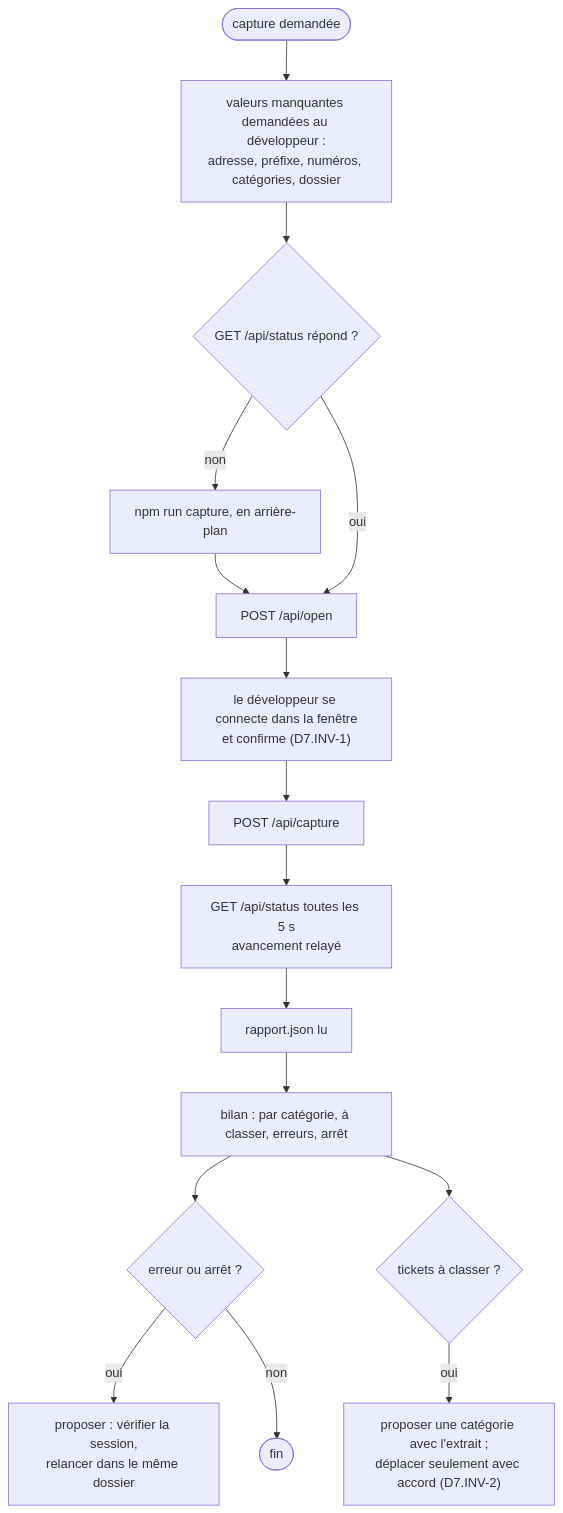
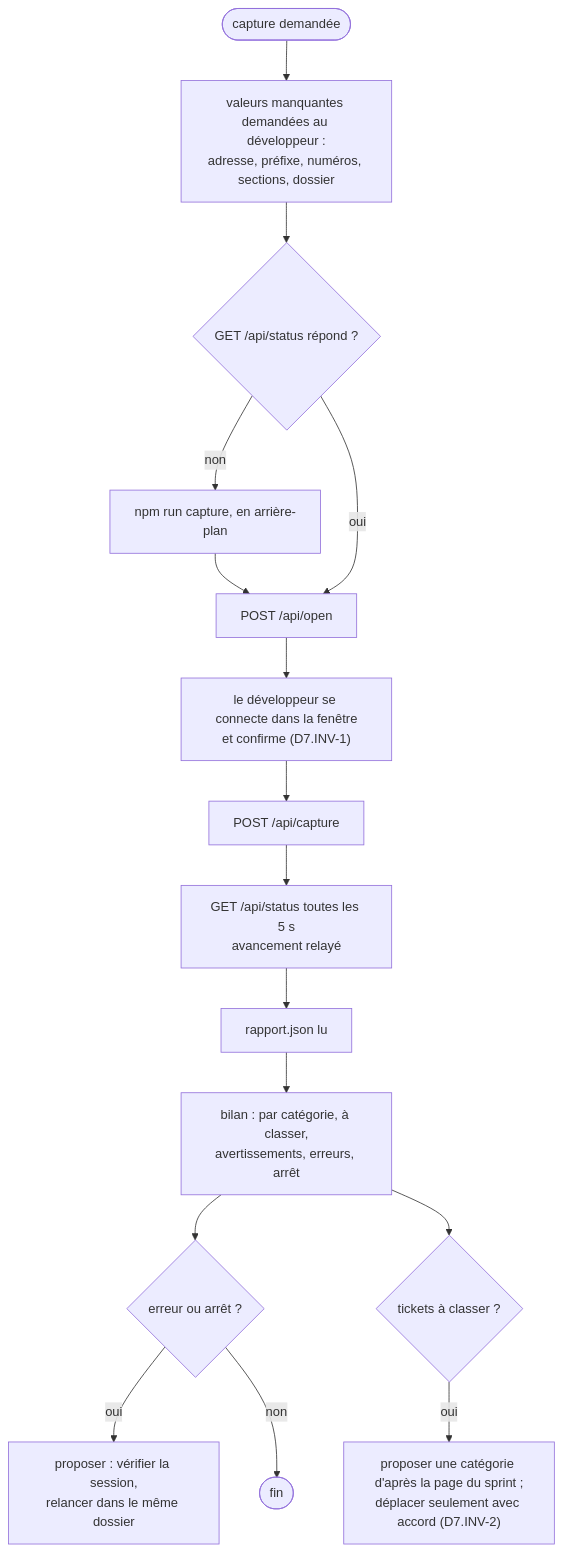
Before and after one commit to FredGarcia/Agent2Prompt: the diagram in specs/capture-sprint-jira/modules/agent/SKILL.md, drawn with Mermaid. The commit also changed other lines of this file and 16 other files, not shown here.

First line of the commit message:
spec(capture-sprint-jira): version 1.1.0, classement par section de la page du sprint (IA, DEV)

````diff
--- a/specs/capture-sprint-jira/modules/agent/SKILL.md
+++ b/specs/capture-sprint-jira/modules/agent/SKILL.md
@@ -27,18 +27,18 @@
 ```mermaid
 flowchart TD
-  Q(["capture demandée"]) --> V["valeurs manquantes demandées au développeur :<br/>adresse, préfixe, numéros, catégories, dossier"]
+  Q(["capture demandée"]) --> V["valeurs manquantes demandées au développeur :<br/>adresse, préfixe, numéros, sections, dossier"]
   V --> S{"GET /api/status répond ?"}
   S -->|non| L["npm run capture, en arrière-plan"]
   L --> O
   S -->|oui| O["POST /api/open"]
   O --> C["le développeur se connecte dans la fenêtre<br/>et confirme (D7.INV-1)"]
   C --> K["POST /api/capture"]
   K --> P["GET /api/status toutes les 5 s<br/>avancement relayé"]
   P --> R["rapport.json lu"]
-  R --> B["bilan : par catégorie, à classer, erreurs, arrêt"]
+  R --> B["bilan : par catégorie, à classer,<br/>avertissements, erreurs, arrêt"]
   B --> E{"erreur ou arrêt ?"}
   E -->|oui| N["proposer : vérifier la session,<br/>relancer dans le même dossier"]
   E -->|non| F(["fin"])
   B --> A{"tickets à classer ?"}
-  A -->|oui| D["proposer une catégorie avec l'extrait ;<br/>déplacer seulement avec accord (D7.INV-2)"]
+  A -->|oui| D["proposer une catégorie d'après la page du sprint ;<br/>déplacer seulement avec accord (D7.INV-2)"]
 ```
````
